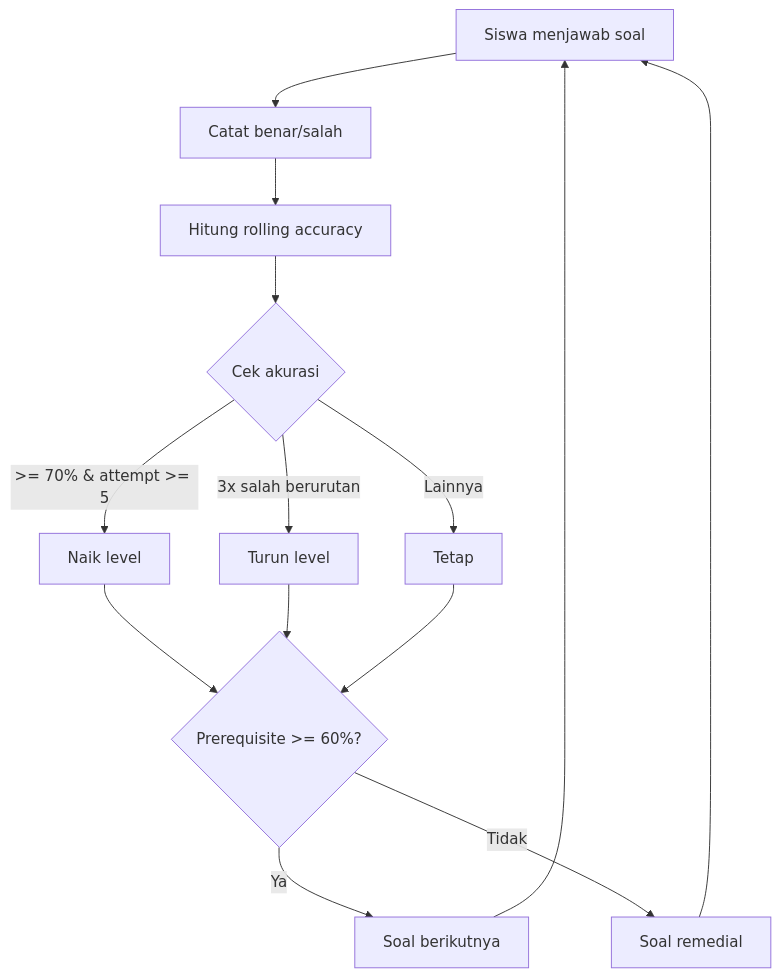
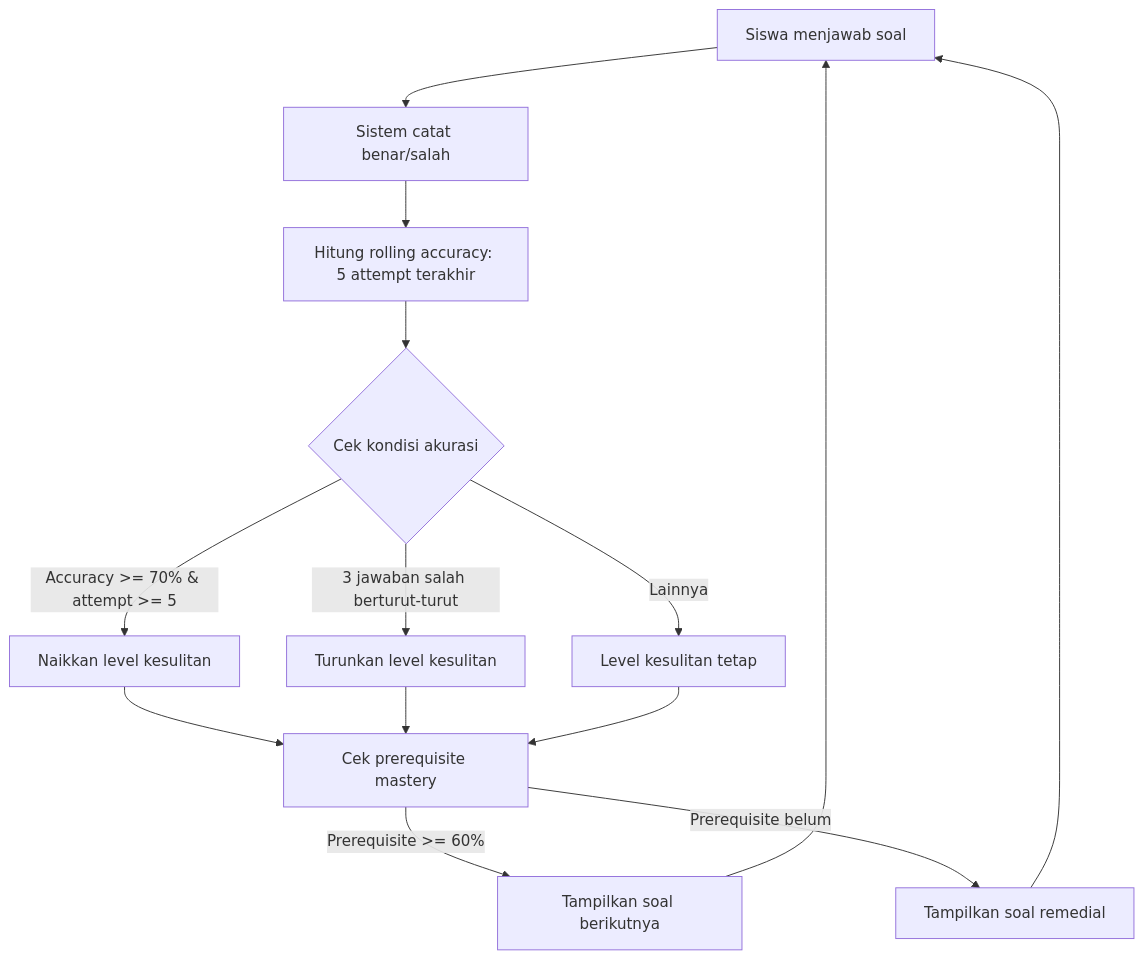
Before and after one commit to KyyTzy09/Pekan-IT-Spark-AI: the diagram in proposal/diagrams/activity-adaptive-difficulty.md, drawn with Mermaid. The commit also changed 6 other files, not shown here.

Commit message:
docs: update proposal diagrams with consistent sizing

````diff
--- a/proposal/diagrams/activity-adaptive-difficulty.md
+++ b/proposal/diagrams/activity-adaptive-difficulty.md
@@ -1,19 +1,19 @@
 ```mermaid
 flowchart TD
-    A[Siswa menjawab soal] --> B[Catat benar/salah]
-    B --> C[Hitung rolling accuracy]
-    C --> D{Cek akurasi}
+    A[Siswa menjawab soal] --> B[Sistem catat benar/salah]
+    B --> C[Hitung rolling accuracy: 5 attempt terakhir]
+    C --> D{Cek kondisi akurasi}
 
-    D -->|>= 70% & attempt >= 5| E[Naik level]
-    D -->|3x salah berurutan| F[Turun level]
-    D -->|Lainnya| G[Tetap]
+    D -->|Accuracy >= 70% & attempt >= 5| E[Naikkan level kesulitan]
+    D -->|3 jawaban salah berturut-turut| F[Turunkan level kesulitan]
+    D -->|Lainnya| G[Level kesulitan tetap]
 
-    E --> H{Prerequisite >= 60%?}
+    E --> H[Cek prerequisite mastery]
     F --> H
     G --> H
 
-    H -->|Ya| I[Soal berikutnya]
-    H -->|Tidak| J[Soal remedial]
+    H -->|Prerequisite >= 60%| I[Tampilkan soal berikutnya]
+    H -->|Prerequisite belum| J[Tampilkan soal remedial]
     I --> A
     J --> A
 ```
````
